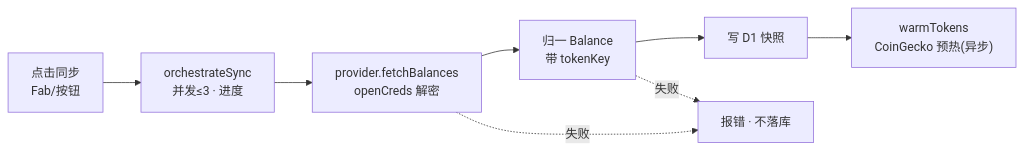
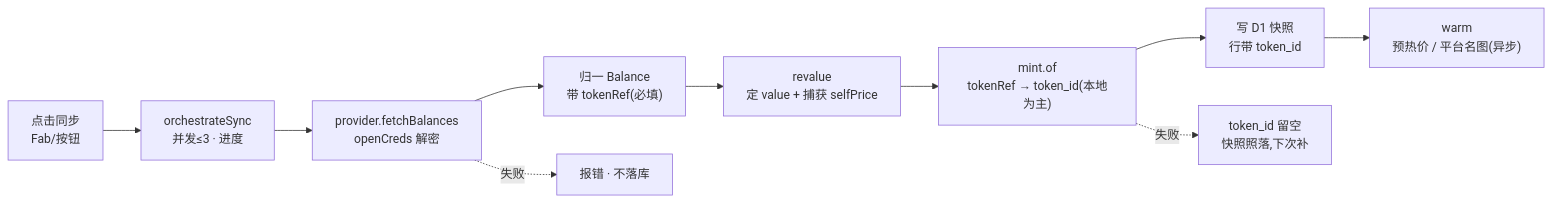
The first of 2 diagrams in docs/architecture/01-data-flow.md (x0finch/folio2), drawn with Mermaid before and after one commit. The commit also changed other lines of this file and 3 other files, not shown here.

First line of the commit message:
docs(architecture): rewrite data-flow and aggregation for write-time identity (#205, partial) (#214)

````diff
--- a/docs/architecture/01-data-flow.md
+++ b/docs/architecture/01-data-flow.md
@@ -15,10 +21,12 @@
 ```mermaid
 flowchart LR
     U["点击同步<br/>Fab/按钮"] --> O["orchestrateSync<br/>并发≤3 · 进度"]
     O --> F["provider.fetchBalances<br/>openCreds 解密"]
-    F --> N["归一 Balance<br/>带 tokenKey"]
-    N --> S["写 D1 快照"]
+    F --> N["归一 Balance<br/>带 tokenRef(必填)"]
+    N --> RV["revalue<br/>定 value + 捕获 selfPrice"]
+    RV --> M["mint.of<br/>tokenRef → token_id(本地为主)"]
+    M --> S["写 D1 快照<br/>行带 token_id"]
     F -.失败.-> E["报错 · 不落库"]
-    N -.失败.-> E
-    S --> W["warmTokens<br/>CoinGecko 预热(异步)"]
+    M -.失败.-> M2["token_id 留空<br/>快照照落,下次补"]
+    S --> W["warm<br/>预热价 / 平台名图(异步)"]
 ```
````
